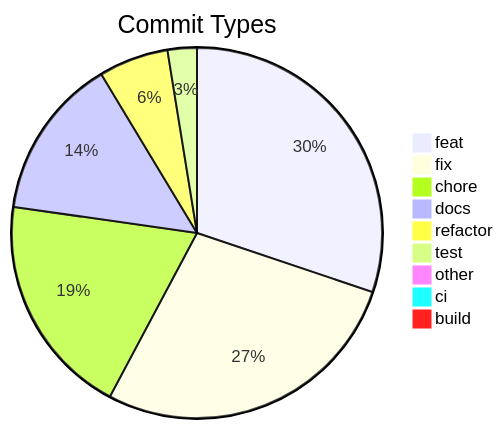
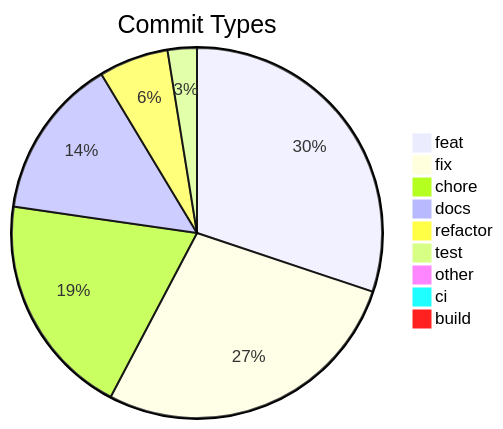
One commit to svenroth-ai/shipwright changed the diagram in .shipwright/compliance/change-history.md. Above: the diagram before and after it, drawn with Mermaid. The commit also changed other lines of this file and 17 other files, not shown here.

````diff
--- a/.shipwright/compliance/change-history.md
+++ b/.shipwright/compliance/change-history.md
@@ -8,12 +8,12 @@
 ```mermaid
 pie title Commit Types
     "feat" : 248
     "fix" : 227
-    "chore" : 160
+    "chore" : 161
     "docs" : 116
     "refactor" : 50
     "test" : 21
     "other" : 7
     "ci" : 6
     "build" : 1
 ```
````
